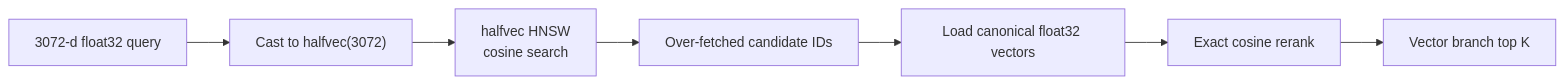
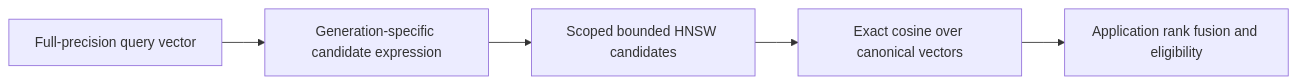
One commit to markhuangai/dense-mem changed the diagram in ANN-HNSW-And-Halfvec.md. Above: the diagram before and after it, drawn with Mermaid. The commit also changed other lines of this file and 30 other files, not shown here.

````diff
--- a/ANN-HNSW-And-Halfvec.md
+++ b/ANN-HNSW-And-Halfvec.md
@@ -124,10 +33,8 @@
 ```mermaid
 %%{init: {"flowchart": {"curve": "linear"}}}%%
 flowchart LR
-  Q["3072-d float32 query"] --> Cast["Cast to halfvec(3072)"]
-  Cast --> H["halfvec HNSW<br/>cosine search"]
-  H --> Pool["Over-fetched candidate IDs"]
-  Pool --> Full["Load canonical float32 vectors"]
-  Full --> Exact["Exact cosine rerank"]
-  Exact --> Top["Vector branch top K"]
+  Query["Full-precision query vector"] --> Cast["Generation-specific candidate expression"]
+  Cast --> ANN["Scoped bounded HNSW candidates"]
+  ANN --> Rerank["Exact cosine over canonical vectors"]
+  Rerank --> Fusion["Application rank fusion and eligibility"]
 ```
````
